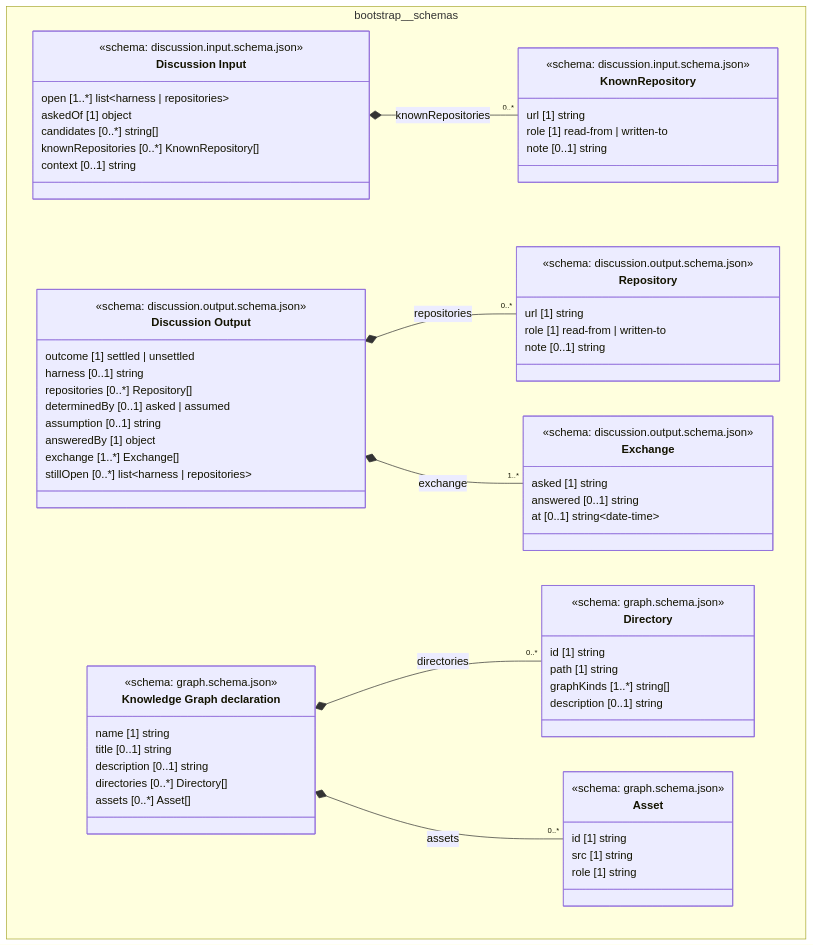
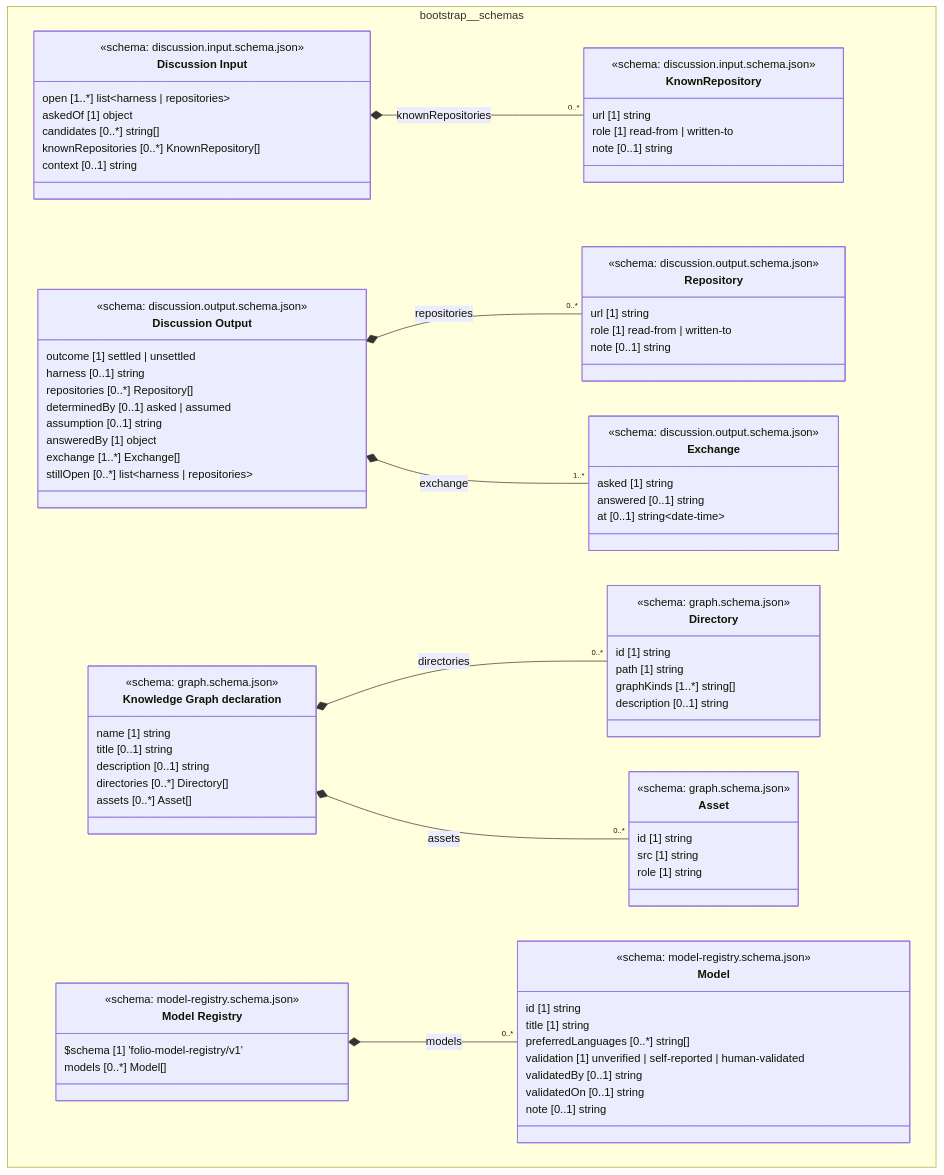
Before and after one commit to litlfred/folio-assistant: the diagram in cat-harness/uml/overview/bootstrap/schemas.mmd, drawn with Mermaid. The commit also changed 24 other files, not shown here.

First line of the commit message:
FR-7: model-registry's Zod source moves to cat-harness; bootstrap gets its JSON schema (iwtn ruling 4)

```diff
--- a/cat-harness/uml/overview/bootstrap/schemas.mmd
+++ b/cat-harness/uml/overview/bootstrap/schemas.mmd
@@ -1,75 +1,93 @@
 classDiagram
   direction TB
   namespace bootstrap__schemas {
     class bootstrap_schemas_discussion_input_schema_json_KnownRepository["KnownRepository"] {
       <<schema: discussion.input.schema.json>>
       url [1] string
       role [1] read-from | written-to
       note [0..1] string
     }
     class bootstrap_schemas_discussion_input_schema_json_Discussion_Input["Discussion Input"] {
       <<schema: discussion.input.schema.json>>
       open [1..*] list~harness | repositories~
       askedOf [1] object
       candidates [0..*] string[]
       knownRepositories [0..*] KnownRepository[]
       context [0..1] string
     }
     class bootstrap_schemas_discussion_output_schema_json_Repository["Repository"] {
       <<schema: discussion.output.schema.json>>
       url [1] string
       role [1] read-from | written-to
       note [0..1] string
     }
     class bootstrap_schemas_discussion_output_schema_json_Exchange["Exchange"] {
       <<schema: discussion.output.schema.json>>
       asked [1] string
       answered [0..1] string
       at [0..1] string~date-time~
     }
     class bootstrap_schemas_discussion_output_schema_json_Discussion_Output["Discussion Output"] {
       <<schema: discussion.output.schema.json>>
       outcome [1] settled | unsettled
       harness [0..1] string
       repositories [0..*] Repository[]
       determinedBy [0..1] asked | assumed
       assumption [0..1] string
       answeredBy [1] object
       exchange [1..*] Exchange[]
       stillOpen [0..*] list~harness | repositories~
     }
     class bootstrap_schemas_graph_schema_json_Directory["Directory"] {
       <<schema: graph.schema.json>>
       id [1] string
       path [1] string
       graphKinds [1..*] string[]
       description [0..1] string
     }
     class bootstrap_schemas_graph_schema_json_Asset["Asset"] {
       <<schema: graph.schema.json>>
       id [1] string
       src [1] string
       role [1] string
     }
     class bootstrap_schemas_graph_schema_json_Knowledge_Graph_declaration["Knowledge Graph declaration"] {
       <<schema: graph.schema.json>>
       name [1] string
       title [0..1] string
       description [0..1] string
       directories [0..*] Directory[]
       assets [0..*] Asset[]
     }
+    class bootstrap_schemas_model_registry_schema_json_Model["Model"] {
+      <<schema: model-registry.schema.json>>
+      id [1] string
+      title [1] string
+      preferredLanguages [0..*] string[]
+      validation [1] unverified | self-reported | human-validated
+      validatedBy [0..1] string
+      validatedOn [0..1] string
+      note [0..1] string
+    }
+    class bootstrap_schemas_model_registry_schema_json_Model_Registry["Model Registry"] {
+      <<schema: model-registry.schema.json>>
+      $schema [1] 'folio-model-registry/v1'
+      models [0..*] Model[]
+    }
   }
   bootstrap_schemas_discussion_input_schema_json_Discussion_Input *-- "0..*" bootstrap_schemas_discussion_input_schema_json_KnownRepository : knownRepositories
   bootstrap_schemas_discussion_output_schema_json_Discussion_Output *-- "0..*" bootstrap_schemas_discussion_output_schema_json_Repository : repositories
   bootstrap_schemas_discussion_output_schema_json_Discussion_Output *-- "1..*" bootstrap_schemas_discussion_output_schema_json_Exchange : exchange
   bootstrap_schemas_graph_schema_json_Knowledge_Graph_declaration *-- "0..*" bootstrap_schemas_graph_schema_json_Directory : directories
   bootstrap_schemas_graph_schema_json_Knowledge_Graph_declaration *-- "0..*" bootstrap_schemas_graph_schema_json_Asset : assets
+  bootstrap_schemas_model_registry_schema_json_Model_Registry *-- "0..*" bootstrap_schemas_model_registry_schema_json_Model : models
   cssClass "bootstrap_schemas_discussion_input_schema_json_KnownRepository" fa_uml_kind_schemas
   cssClass "bootstrap_schemas_discussion_input_schema_json_Discussion_Input" fa_uml_kind_schemas
   cssClass "bootstrap_schemas_discussion_output_schema_json_Repository" fa_uml_kind_schemas
   cssClass "bootstrap_schemas_discussion_output_schema_json_Exchange" fa_uml_kind_schemas
   cssClass "bootstrap_schemas_discussion_output_schema_json_Discussion_Output" fa_uml_kind_schemas
   cssClass "bootstrap_schemas_graph_schema_json_Directory" fa_uml_kind_schemas
   cssClass "bootstrap_schemas_graph_schema_json_Asset" fa_uml_kind_schemas
   cssClass "bootstrap_schemas_graph_schema_json_Knowledge_Graph_declaration" fa_uml_kind_schemas
+  cssClass "bootstrap_schemas_model_registry_schema_json_Model" fa_uml_kind_schemas
+  cssClass "bootstrap_schemas_model_registry_schema_json_Model_Registry" fa_uml_kind_schemas
```
